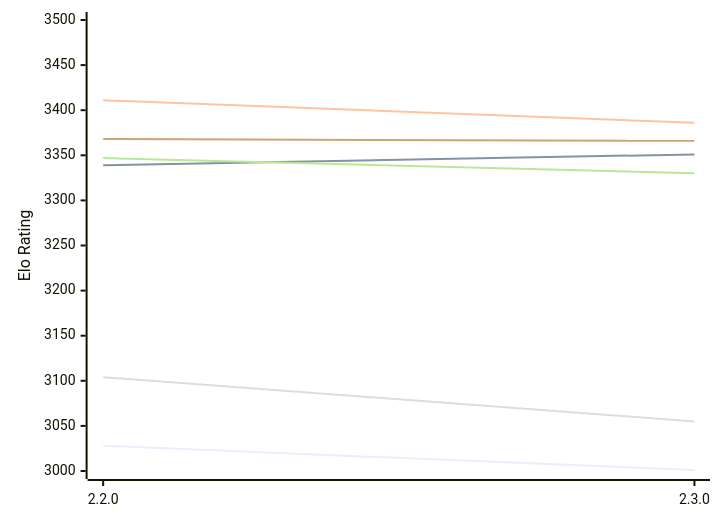
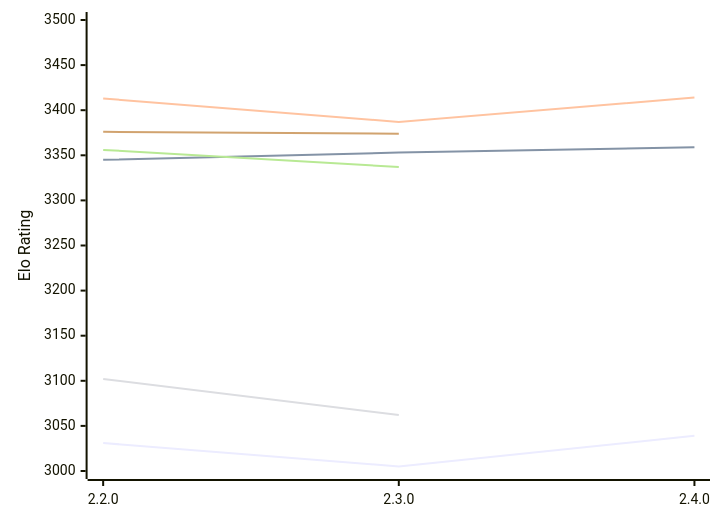
One commit to computer-chess-index/cci changed the diagram in engines/Endspiel.md. Above: the diagram before and after it, drawn with Mermaid. The commit also changed other lines of this file, not shown here.

Commit message:
Update CCI Ratings (ELO VLTC) - 2026-11-25

````diff
--- a/engines/Endspiel.md
+++ b/engines/Endspiel.md
@@ -49,12 +50,12 @@
 ```mermaid
 %%{init: {"theme":"base","themeVariables":{"seriesColors:['#a3a3a3','#222221','#faa371']}}}%%
 xychart-beta
-  x-axis ["2.2.0", "2.3.0"]
+  x-axis ["2.2.0", "2.3.0", "2.4.0"]
   y-axis "Elo Rating" 3000 --> 3500
-  line "E1: STC (8.0+0.08s)" [3028, 3001]
-  line "E1: LTC (60.0+0.60s)" [3339, 3351]
-  line "E1: VLTC (2m24s+1.12s)" [3411, 3386]
-  line "P1: STC (8.0+0.08s)" [3104, 3055]
-  line "P1: LTC (60.0+0.60s)" [3347, 3330]
-  line "P1: VLTC (2m24s+1.12s)" [3368, 3366]
+  line "E1: STC (8.0+0.08s)" [3031, 3005, 3039]
+  line "E1: LTC (60.0+0.60s)" [3345, 3353, 3359]
+  line "E1: VLTC (2m24s+1.12s)" [3413, 3387, 3414]
+  line "P1: STC (8.0+0.08s)" [3102, 3062]
+  line "P1: LTC (60.0+0.60s)" [3356, 3337]
+  line "P1: VLTC (2m24s+1.12s)" [3376, 3374]
 ```
````
